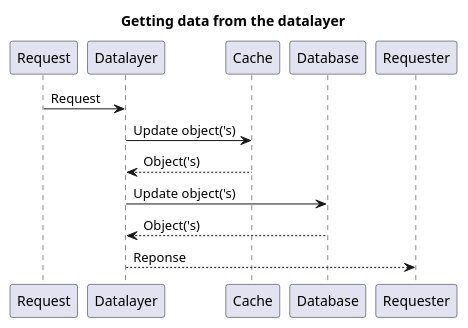
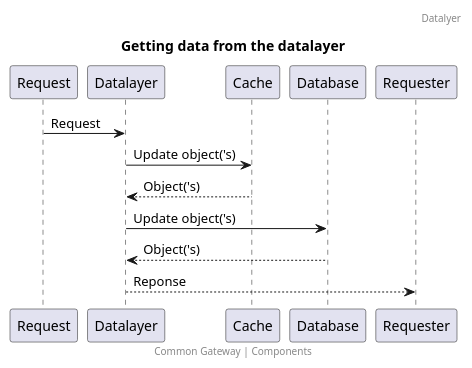
One commit to CommonGateway/CoreBundle changed the diagram in docs/features/datalayer_get.puml. Above: the diagram before and after it, drawn with PlantUML. The commit also changed 8 other files, not shown here.

Commit message:
Transparent background colors

```diff
--- a/docs/features/datalayer_get.puml
+++ b/docs/features/datalayer_get.puml
@@ -1,9 +1,15 @@
 @startuml
 title: Getting data from the datalayer
+footer: Common Gateway | Components
+header: Datalyer
+
+skinparam backgroundColor transparent
+
+
 Request -> Datalayer: Request
 Datalayer-> Cache: Update object('s)
 Cache--> Datalayer: Object('s)
 Datalayer-> Database : Update object('s)
 Database --> Datalayer: Object('s)
 Datalayer--> Requester: Reponse
 @enduml
```
